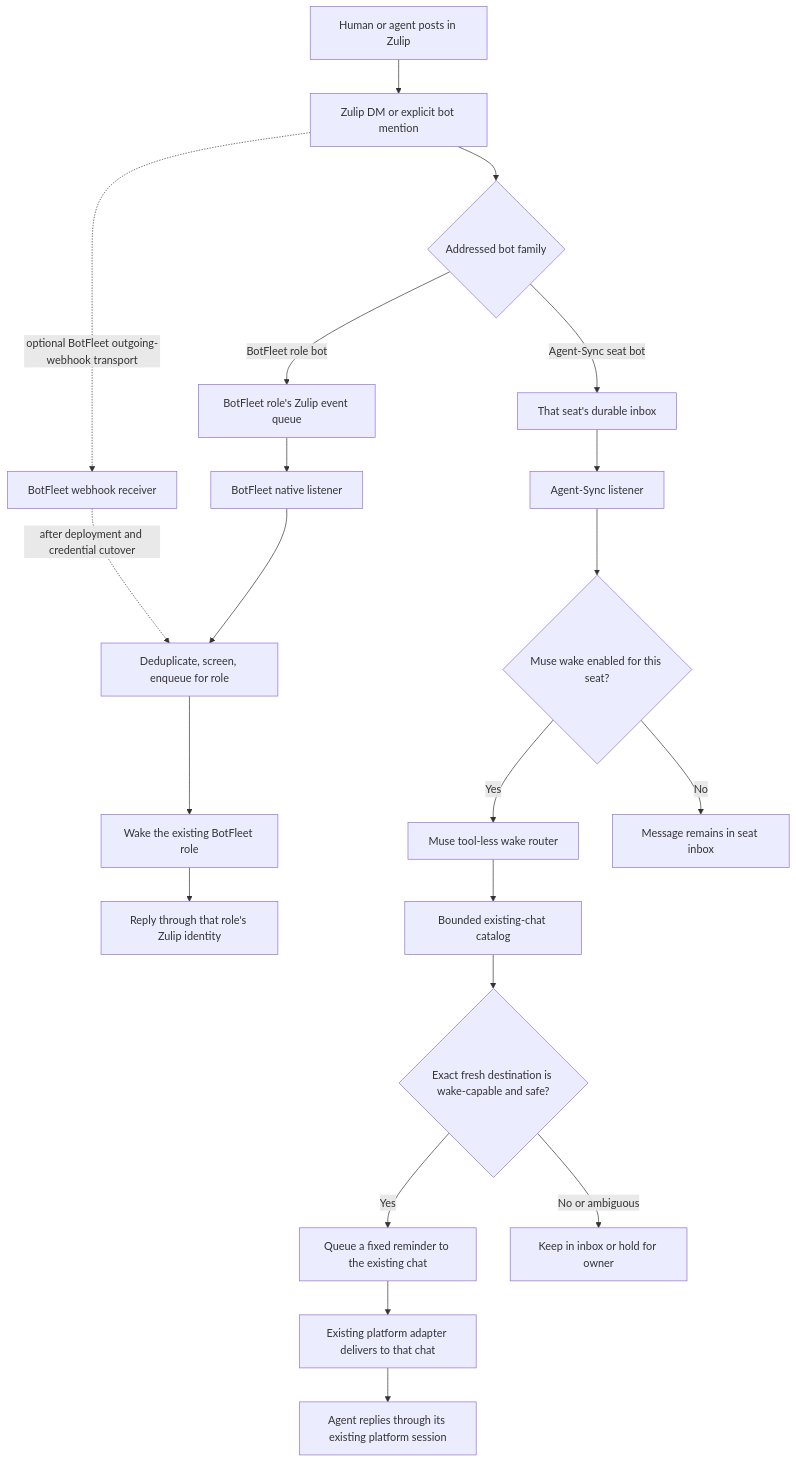
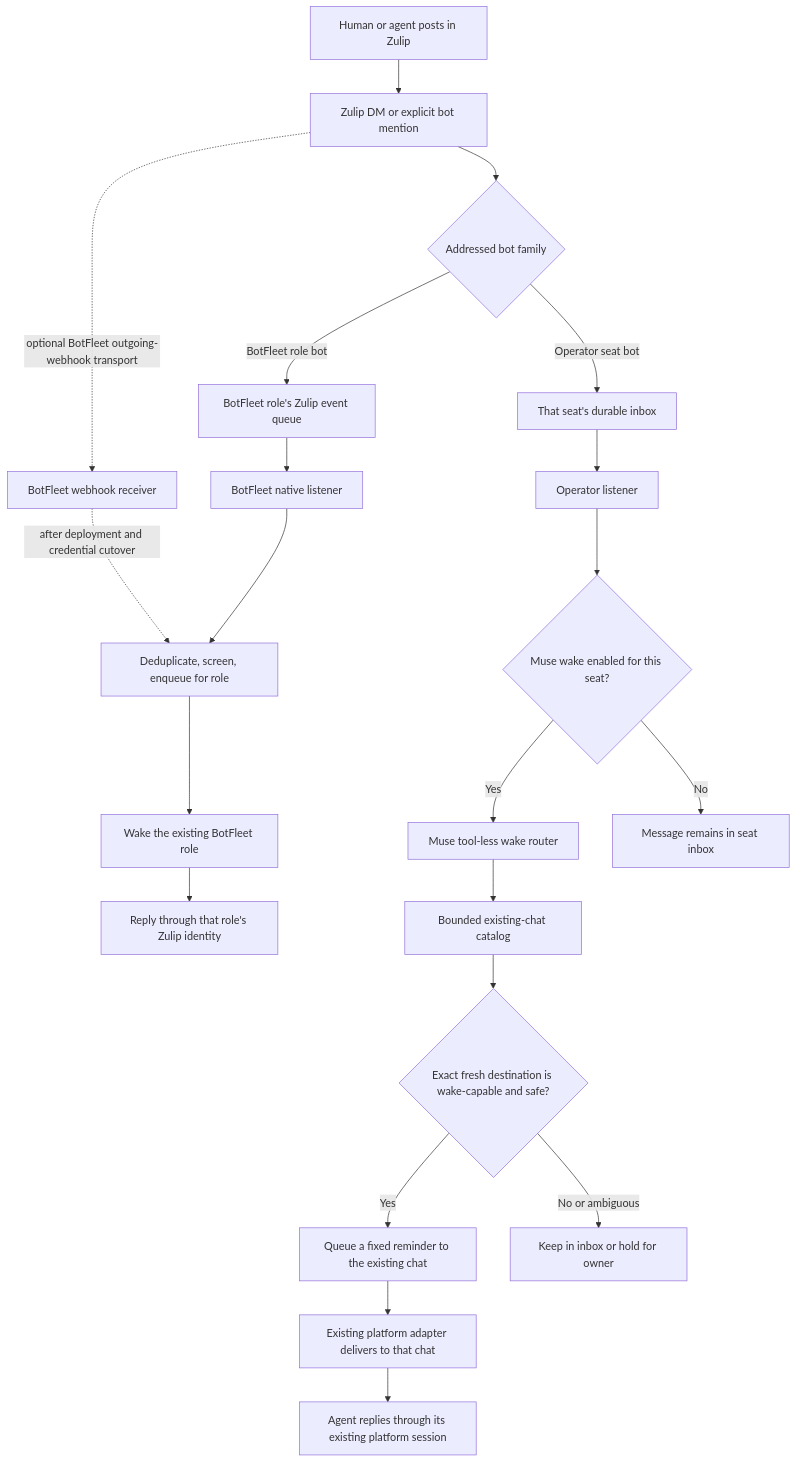
Before and after one commit to Simple-With-Us/AI-Fleet-Coordinator: the diagram in docs/protocols/zulip-wake-routing.md, drawn with Mermaid. The commit also changed other lines of this file and 14 other files, not shown here.

````diff
--- a/docs/protocols/zulip-wake-routing.md
+++ b/docs/protocols/zulip-wake-routing.md
@@ -9,26 +9,26 @@
 ```mermaid
 flowchart TD
     H[Human or agent posts in Zulip] --> Z[Zulip DM or explicit bot mention]
     Z --> B{Addressed bot family}
 
     B -->|BotFleet role bot| BFQ[BotFleet role's Zulip event queue]
     BFQ --> BFL[BotFleet native listener]
     BFL --> BFD[Deduplicate, screen, enqueue for role]
     BFD --> BFW[Wake the existing BotFleet role]
     BFW --> BFR[Reply through that role's Zulip identity]
 
-    B -->|Agent-Sync seat bot| ASQ[That seat's durable inbox]
-    ASQ --> ASL[Agent-Sync listener]
+    B -->|Operator seat bot| ASQ[That seat's durable inbox]
+    ASQ --> ASL[Operator listener]
     ASL --> M{Muse wake enabled for this seat?}
     M -->|Yes| MR[Muse tool-less wake router]
     M -->|No| I[Message remains in seat inbox]
     MR --> CAT[Bounded existing-chat catalog]
     CAT --> SEL{Exact fresh destination is wake-capable and safe?}
     SEL -->|Yes| N[Queue a fixed reminder to the existing chat]
     SEL -->|No or ambiguous| HOLD[Keep in inbox or hold for owner]
     N --> PLAT[Existing platform adapter delivers to that chat]
     PLAT --> R[Agent replies through its existing platform session]
 
     Z -. optional BotFleet outgoing-webhook transport .-> WH[BotFleet webhook receiver]
     WH -. after deployment and credential cutover .-> BFD
 ```
````
